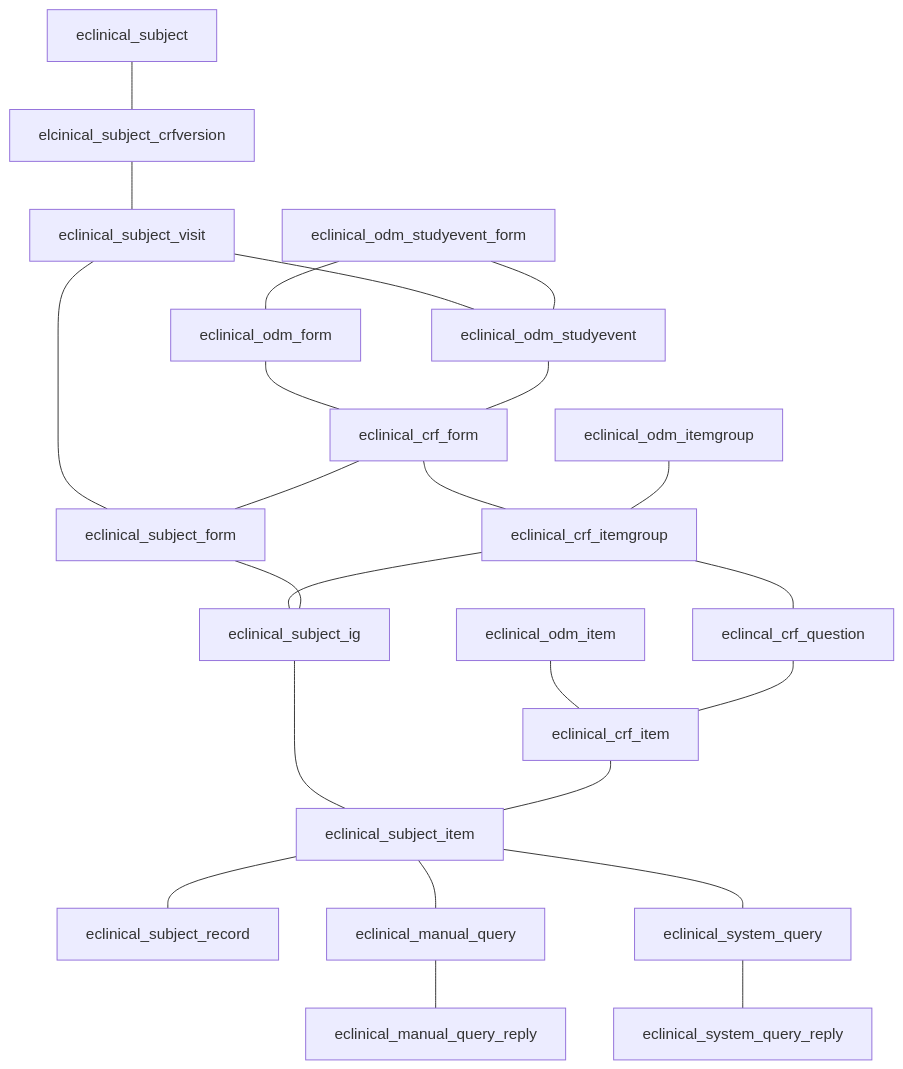
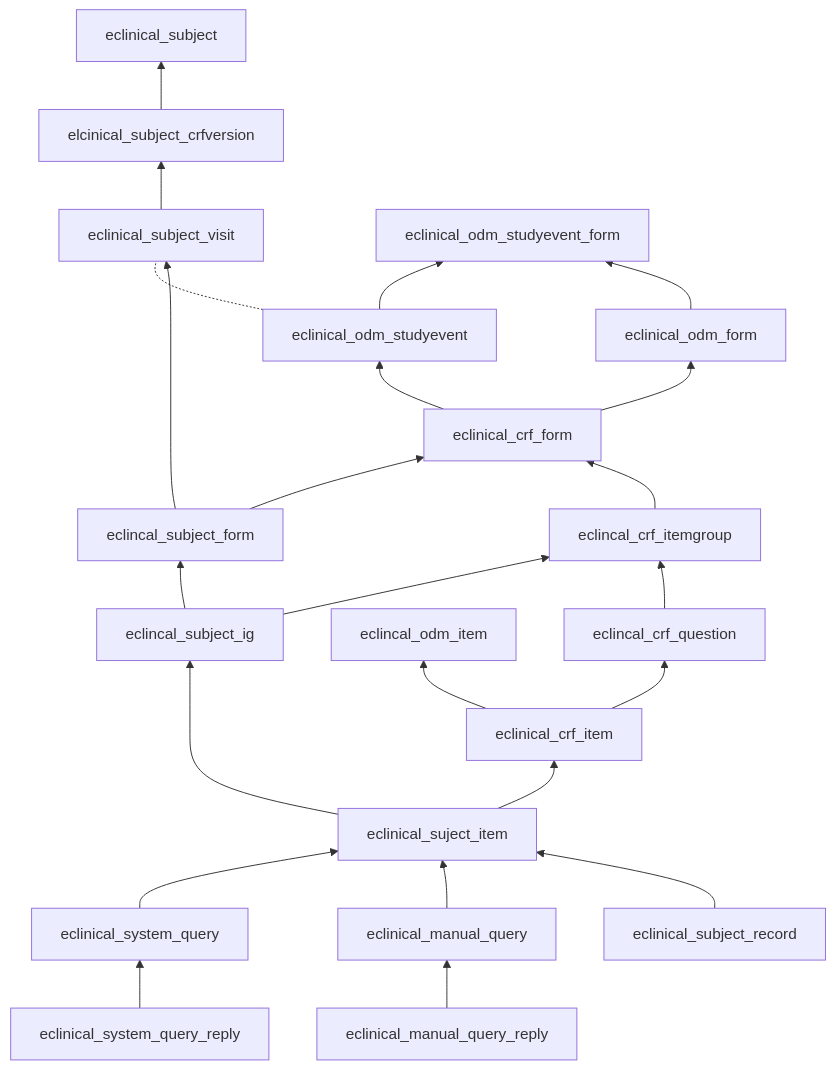
Before and after one commit to thcpc/eclinical_knowledge_lib: the first of 13 diagrams in 知识库/业务系统/EDC/Table Releation.md, drawn with Mermaid. The commit also changed other lines of this file and 2 other files, not shown here.

Commit message:
add the query form of visit in arm

````diff
--- a/知识库/业务系统/EDC/Table Releation.md
+++ b/知识库/业务系统/EDC/Table Releation.md
@@ -1,16 +2,15 @@
 ```mermaid
-graph TB
-eclinical_subject[eclinical_subject] ---
-eclinical_subject_crfversion[elcinical_subject_crfversion]---eclinical_subject_visit[eclinical_subject_visit] --- eclinical_odm_studyevent[eclinical_odm_studyevent];
-eclinical_subject_visit[eclinical_subject_visit] --- eclinical_subject_form[eclinical_subject_form]
-eclinical_odm_form[eclinical_odm_form] --- eclinical_crf_form[eclinical_crf_form]--- eclinical_crf_itemgroup[eclinical_crf_itemgroup] --- eclinical_subject_ig[eclinical_subject_ig] ---eclinical_subject_item[eclinical_subject_item]---eclinical_subject_record[eclinical_subject_record];
-eclinical_odm_studyevent_form[eclinical_odm_studyevent_form] ---
-eclinical_odm_form[eclinical_odm_form]; eclinical_odm_studyevent_form[eclinical_odm_studyevent_form] --- eclinical_odm_studyevent[eclinical_odm_studyevent];
-eclinical_odm_studyevent[eclinical_odm_studyevent]---eclinical_crf_form[eclinical_crf_form]---eclinical_subject_form---eclinical_subject_ig[eclinical_subject_ig];
-eclinical_subject_item[eclinical_subject_item]---eclinical_manual_query[eclinical_manual_query] --- eclinical_manual_query_reply[eclinical_manual_query_reply];
-eclinical_subject_item[eclinical_subject_item]---eclinical_system_query[eclinical_system_query] --- eclinical_system_query_reply[eclinical_system_query_reply];
-eclinical_odm_item[eclinical_odm_item]---eclinical_crf_item[eclinical_crf_item]---eclinical_subject_item[eclinical_subject_item];
-eclinical_odm_itemgroup[eclinical_odm_itemgroup] --- eclinical_crf_itemgroup[eclinical_crf_itemgroup];
-eclinical_crf_itemgroup[eclinical_crf_itemgroup] --- eclincal_crf_question[eclincal_crf_question] --- eclinical_crf_item[eclinical_crf_item];
-
+graph BT
+eclinical_subject_record[eclinical_subject_record] -->eclinical_suject_item[eclinical_suject_item];
+eclinical_manual_query_reply[eclinical_manual_query_reply] -->
+eclinical_manual_query[eclinical_manual_query] --> eclinical_suject_item[eclinical_suject_item];
+eclinical_system_query_reply[eclinical_system_query_reply] -->
+eclinical_system_query[eclinical_system_query] --> eclinical_suject_item[eclinical_suject_item];
+eclinical_suject_item[eclinical_suject_item] --> eclincal_subject_ig[eclincal_subject_ig] -->eclincal_subject_form[eclincal_subject_form] --> eclinical_subject_visit[eclinical_subject_visit] -->elcinical_subject_crfversion[elcinical_subject_crfversion]
+--> eclinical_subject[eclinical_subject];
+eclinical_suject_item[eclinical_suject_item] --> eclinical_crf_item[eclinical_crf_item] --> eclincal_odm_item[eclincal_odm_item];
+eclinical_crf_item[eclinical_crf_item]-->eclincal_crf_question[eclincal_crf_question] -->eclincal_crf_itemgroup[eclincal_crf_itemgroup];
+eclincal_subject_ig[eclincal_subject_ig] -->eclincal_crf_itemgroup[eclincal_crf_itemgroup] -->eclinical_crf_form[eclinical_crf_form] --> eclinical_odm_form[eclinical_odm_form] --> eclinical_odm_studyevent_form[eclinical_odm_studyevent_form];
+eclincal_subject_form[eclincal_subject_form] --> eclinical_crf_form[eclinical_crf_form]-->eclinical_odm_studyevent[eclinical_odm_studyevent] -->eclinical_odm_studyevent_form[eclinical_odm_studyevent_form];
+eclinical_odm_studyevent[eclinical_odm_studyevent] -.- eclinical_subject_visit[eclinical_subject_visit]
 ```
````
